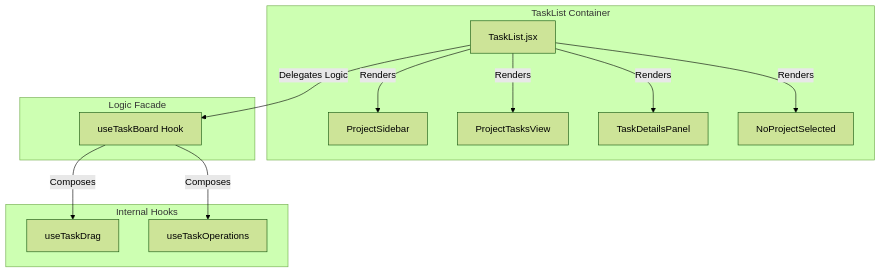
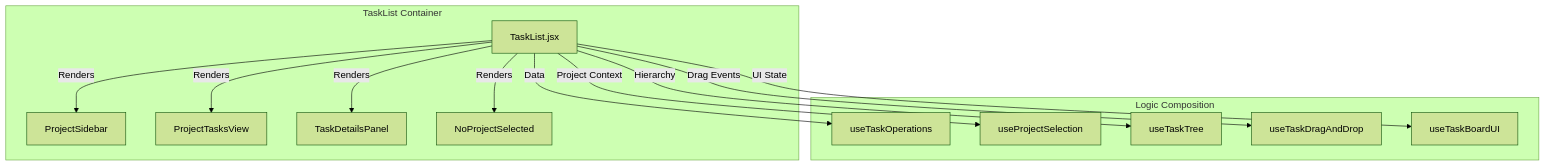
One commit to JoelA510/PlanterPlan-Alpha changed the eighth of 8 diagrams in docs/FULL_ARCHITECTURE.md. Above: the diagram before and after it, drawn with Mermaid (forest theme). The commit also changed other lines of this file and 4 other files, not shown here.

````diff
--- a/docs/FULL_ARCHITECTURE.md
+++ b/docs/FULL_ARCHITECTURE.md
@@ -898,28 +895,29 @@
 ```mermaid
 graph TD
     subgraph Container [TaskList Container]
         List[TaskList.jsx]
         Sidebar[ProjectSidebar]
         MainView[ProjectTasksView]
         Details[TaskDetailsPanel]
         Empty[NoProjectSelected]
     end
 
-    subgraph Facade [Logic Facade]
-        Hook[useTaskBoard Hook]
+    subgraph Composition [Logic Composition]
+        UTO[useTaskOperations]
+        UPS[useProjectSelection]
+        UTT[useTaskTree]
+        UDND[useTaskDragAndDrop]
+        UBUI[useTaskBoardUI]
     end
 
-    subgraph Internals [Internal Hooks]
-        Drag[useTaskDrag]
-        Ops[useTaskOperations]
-    end
-
-    List -->|Delegates Logic| Hook
-    Hook -->|Composes| Drag
-    Hook -->|Composes| Ops
+    List -->|Data| UTO
+    List -->|Project Context| UPS
+    List -->|Hierarchy| UTT
+    List -->|Drag Events| UDND
+    List -->|UI State| UBUI
 
     List -->|Renders| Sidebar
     List -->|Renders| MainView
     List -->|Renders| Details
     List -->|Renders| Empty
 ```
````
